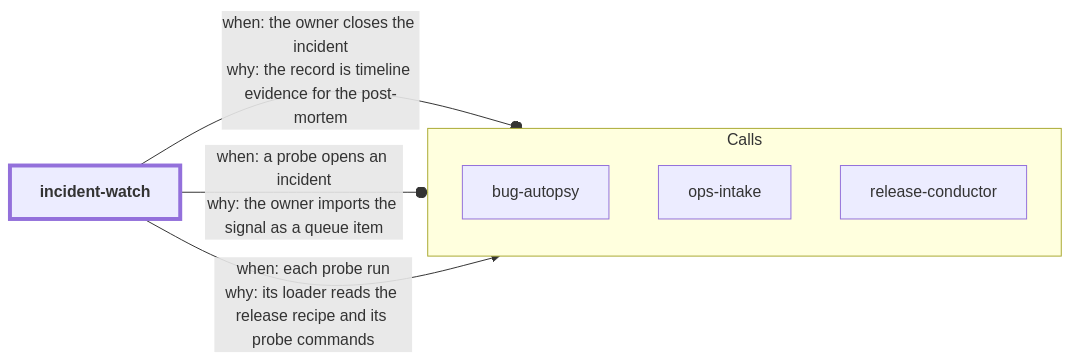
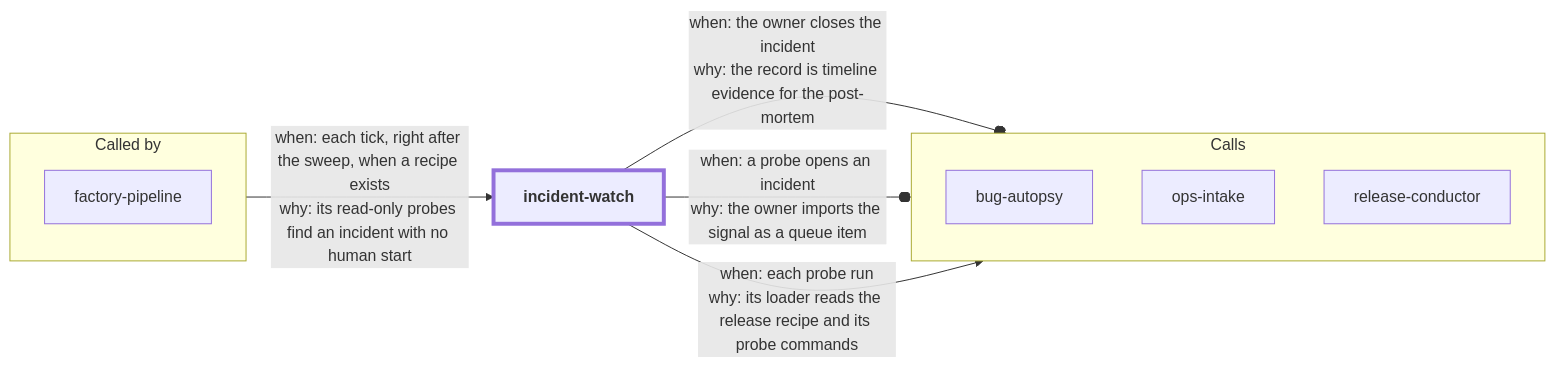
Before and after one commit to dhanesh/agent-skills: the diagram in incident-watch/README.md, drawn with Mermaid. The commit also changed other lines of this file and 14 other files, not shown here.

First line of the commit message:
feat(factory-pipeline): incident-probe stage right after sweep

````diff
--- a/incident-watch/README.md
+++ b/incident-watch/README.md
@@ -68,15 +68,20 @@
 ```mermaid
 flowchart LR
+  subgraph callers["Called by"]
+    direction TB
+    in_factory_pipeline["factory-pipeline"]
+  end
   self_incident_watch["incident-watch"]
   subgraph callees["Calls"]
     direction TB
     out_bug_autopsy["bug-autopsy"]
     out_ops_intake["ops-intake"]
     out_release_conductor["release-conductor"]
   end
+  in_factory_pipeline -->|"when: each tick, right after the sweep, when a recipe exists<br/>why: its read-only probes find an incident with no human start"| self_incident_watch
   self_incident_watch --o|"when: the owner closes the incident<br/>why: the record is timeline evidence for the post-mortem"| out_bug_autopsy
   self_incident_watch --o|"when: a probe opens an incident<br/>why: the owner imports the signal as a queue item"| out_ops_intake
   self_incident_watch -->|"when: each probe run<br/>why: its loader reads the release recipe and its probe commands"| out_release_conductor
   classDef self stroke-width:4px,font-weight:bold
   class self_incident_watch self
 ```
````
